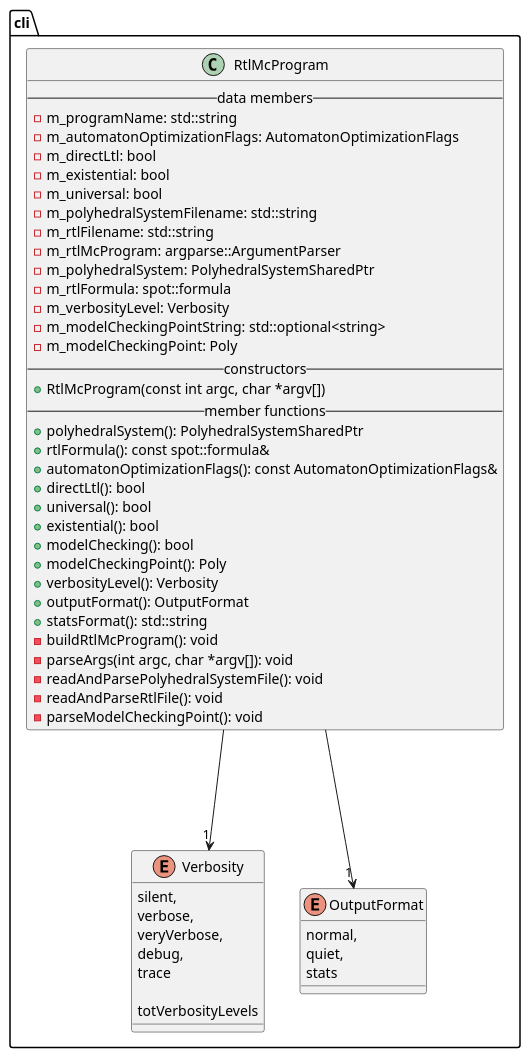
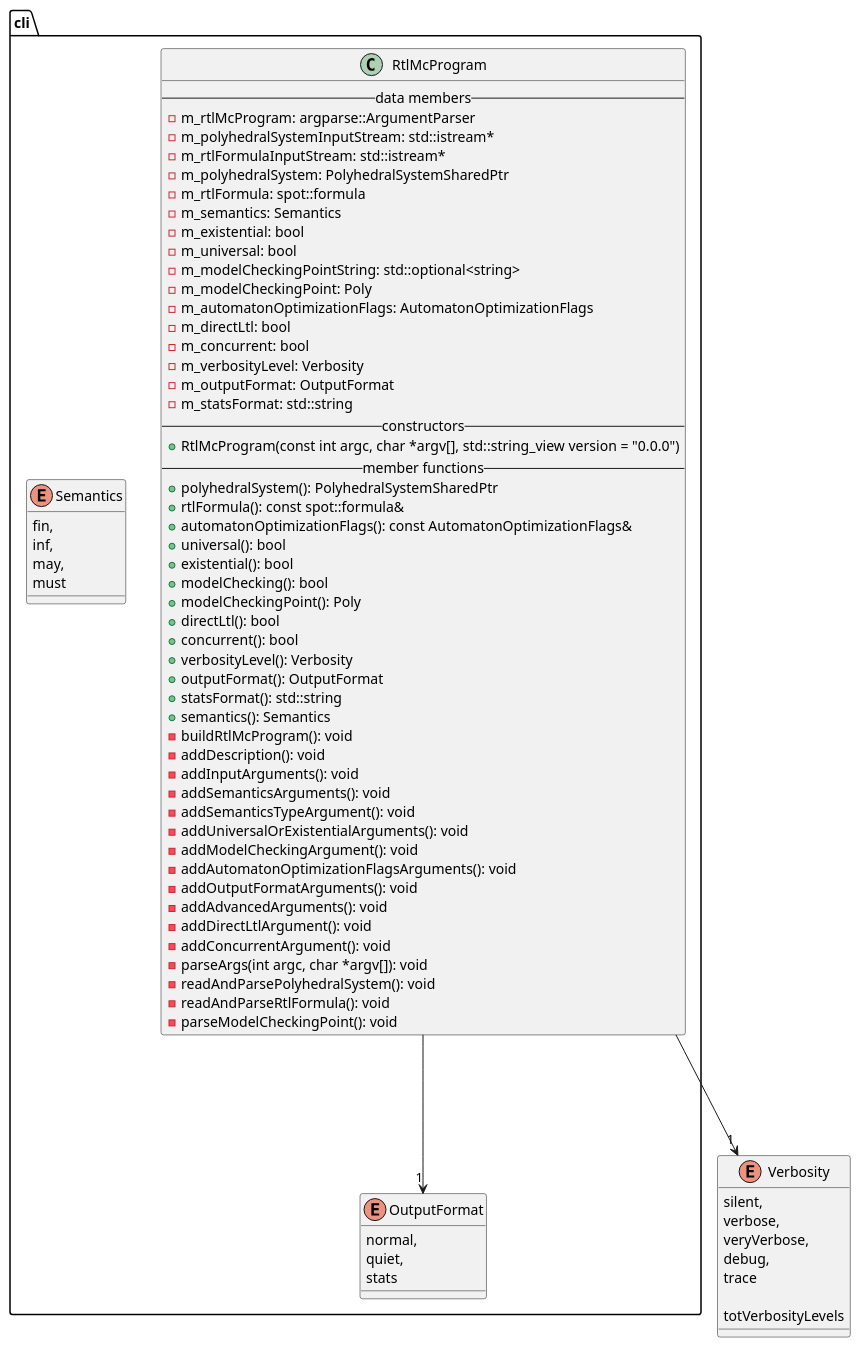
The diagram in docs/plantuml/cli.puml (vtramo/rtl-mc), drawn with PlantUML before and after one commit. The commit also changed 4 other files, not shown here.

First line of the commit message:
feat(cli): refactor cli and separate system input from formula input

```diff
--- a/docs/plantuml/cli.puml
+++ b/docs/plantuml/cli.puml
@@ -1,60 +1,82 @@
 @startuml
 
 package cli {
     class RtlMcProgram {
         --data members--
-        -m_programName: std::string
+        -m_rtlMcProgram: argparse::ArgumentParser
+        -m_polyhedralSystemInputStream: std::istream*
+        -m_rtlFormulaInputStream: std::istream*
+        -m_polyhedralSystem: PolyhedralSystemSharedPtr
+        -m_rtlFormula: spot::formula
+        -m_semantics: Semantics
+        -m_existential: bool
+        -m_universal: bool
+        -m_modelCheckingPointString: std::optional<string>
+        -m_modelCheckingPoint: Poly
         -m_automatonOptimizationFlags: AutomatonOptimizationFlags
         -m_directLtl: bool
-        -m_existential: bool
-        -m_universal: bool
-        -m_polyhedralSystemFilename: std::string
-        -m_rtlFilename: std::string
-        -m_rtlMcProgram: argparse::ArgumentParser
-        -m_polyhedralSystem: PolyhedralSystemSharedPtr
-        -m_rtlFormula: spot::formula
+        -m_concurrent: bool
         -m_verbosityLevel: Verbosity
-        -m_modelCheckingPointString: std::optional<string>
-        -m_modelCheckingPoint: Poly
+        -m_outputFormat: OutputFormat
+        -m_statsFormat: std::string
         --constructors--
-        +RtlMcProgram(const int argc, char *argv[])
+        +RtlMcProgram(const int argc, char *argv[], std::string_view version = "0.0.0")
         --member functions--
         +polyhedralSystem(): PolyhedralSystemSharedPtr
         +rtlFormula(): const spot::formula&
         +automatonOptimizationFlags(): const AutomatonOptimizationFlags&
-        +directLtl(): bool
         +universal(): bool
         +existential(): bool
         +modelChecking(): bool
         +modelCheckingPoint(): Poly
+        +directLtl(): bool
+        +concurrent(): bool
         +verbosityLevel(): Verbosity
         +outputFormat(): OutputFormat
         +statsFormat(): std::string
+        +semantics(): Semantics
         -buildRtlMcProgram(): void
+        -addDescription(): void
+        -addInputArguments(): void
+        -addSemanticsArguments(): void
+        -addSemanticsTypeArgument(): void
+        -addUniversalOrExistentialArguments(): void
+        -addModelCheckingArgument(): void
+        -addAutomatonOptimizationFlagsArguments(): void
+        -addOutputFormatArguments(): void
+        -addAdvancedArguments(): void
+        -addDirectLtlArgument(): void
+        -addConcurrentArgument(): void
         -parseArgs(int argc, char *argv[]): void
-        -readAndParsePolyhedralSystemFile(): void
-        -readAndParseRtlFile(): void
+        -readAndParsePolyhedralSystem(): void
+        -readAndParseRtlFormula(): void
         -parseModelCheckingPoint(): void
     }
 
-    enum Verbosity {
-        silent,
-        verbose,
-        veryVerbose,
-        debug,
-        trace
-
-        totVerbosityLevels
+    enum Semantics {
+        fin,
+        inf,
+        may,
+        must
     }
 
     enum OutputFormat {
         normal,
         quiet,
         stats
     }
 }
 
+enum Verbosity {
+    silent,
+    verbose,
+    veryVerbose,
+    debug,
+    trace
+
+    totVerbosityLevels
+}
 RtlMcProgram ---> "1" Verbosity
 RtlMcProgram ---> "1" OutputFormat
 
 @enduml
```
